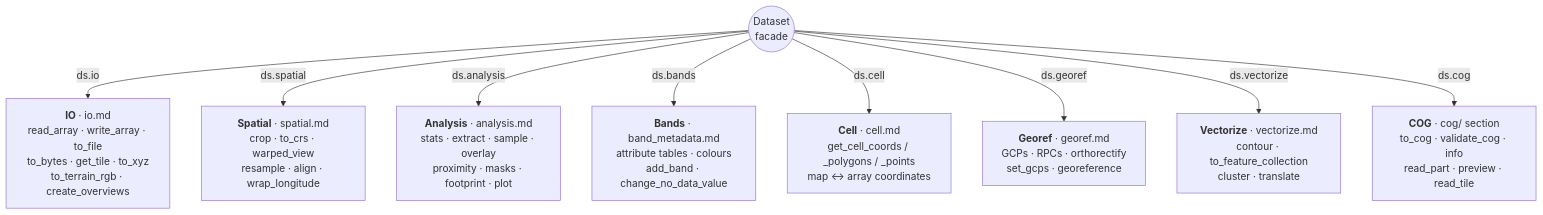
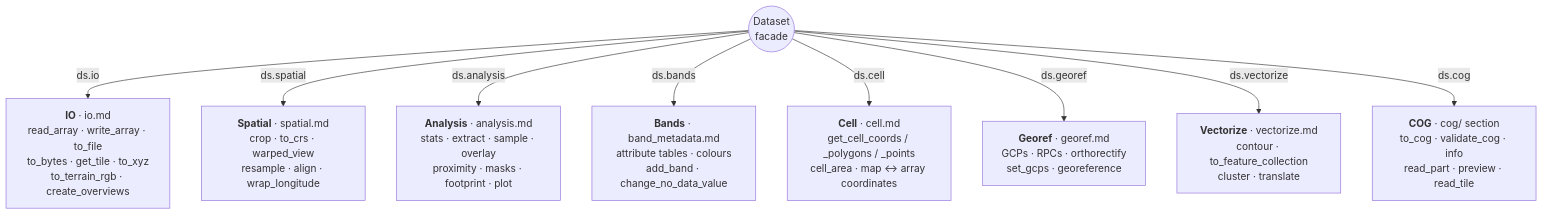
One commit to serapeum-org/pyramids changed the second of 4 diagrams in docs/reference/dataset/index.md. Above: the diagram before and after it, drawn with Mermaid. The commit also changed other lines of this file and 3 other files, not shown here.

First line of the commit message:
docs(dataset): list cell_area and domain_area in the navigation diagrams

````diff
--- a/docs/reference/dataset/index.md
+++ b/docs/reference/dataset/index.md
@@ -25,12 +25,12 @@
 ```mermaid
 flowchart TB
     DS(("Dataset<br/>facade"))
     DS -->|ds.io| IO["<b>IO</b> · io.md<br/>read_array · write_array · to_file<br/>to_bytes · get_tile · to_xyz<br/>to_terrain_rgb · create_overviews"]
     DS -->|ds.spatial| SP["<b>Spatial</b> · spatial.md<br/>crop · to_crs · warped_view<br/>resample · align · wrap_longitude"]
     DS -->|ds.analysis| AN["<b>Analysis</b> · analysis.md<br/>stats · extract · sample · overlay<br/>proximity · masks · footprint · plot"]
     DS -->|ds.bands| BA["<b>Bands</b> · band_metadata.md<br/>attribute tables · colours<br/>add_band · change_no_data_value"]
-    DS -->|ds.cell| CE["<b>Cell</b> · cell.md<br/>get_cell_coords / _polygons / _points<br/>map ↔ array coordinates"]
+    DS -->|ds.cell| CE["<b>Cell</b> · cell.md<br/>get_cell_coords / _polygons / _points<br/>cell_area · map ↔ array coordinates"]
     DS -->|ds.georef| GE["<b>Georef</b> · georef.md<br/>GCPs · RPCs · orthorectify<br/>set_gcps · georeference"]
     DS -->|ds.vectorize| VE["<b>Vectorize</b> · vectorize.md<br/>contour · to_feature_collection<br/>cluster · translate"]
     DS -->|ds.cog| CG["<b>COG</b> · cog/ section<br/>to_cog · validate_cog · info<br/>read_part · preview · read_tile"]
 ```
````
